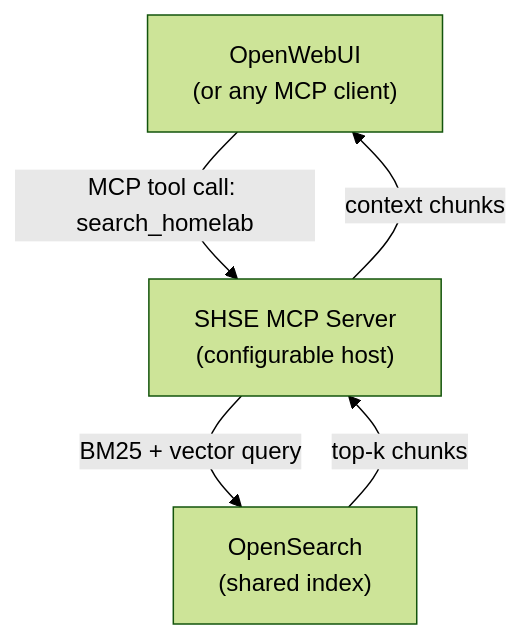
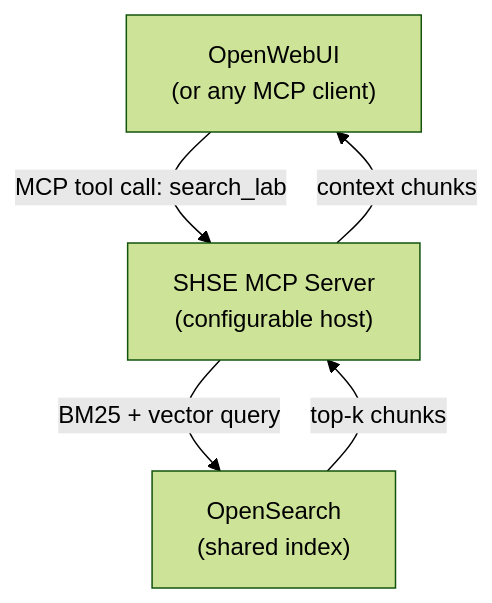
One commit to eyeclept/SHSE changed the fifth of 5 diagrams in DesignDoc.md. Above: the diagram before and after it, drawn with Mermaid (forest theme). The commit also changed other lines of this file and 14 other files, not shown here.

````diff
--- a/DesignDoc.md
+++ b/DesignDoc.md
@@ -395,11 +489,11 @@
 ```mermaid
 graph TD
     OWU["OpenWebUI\n(or any MCP client)"]
     MCP["SHSE MCP Server\n(configurable host)"]
     OS["OpenSearch\n(shared index)"]
 
-    OWU -->|MCP tool call: search_homelab| MCP
+    OWU -->|MCP tool call: search_lab| MCP
     MCP -->|BM25 + vector query| OS
     OS -->|top-k chunks| MCP
     MCP -->|context chunks| OWU
 ```
````
